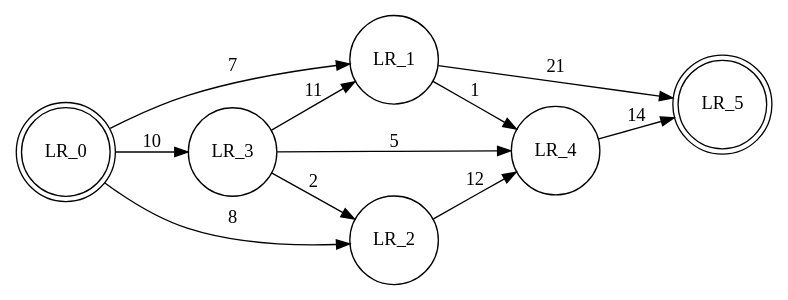
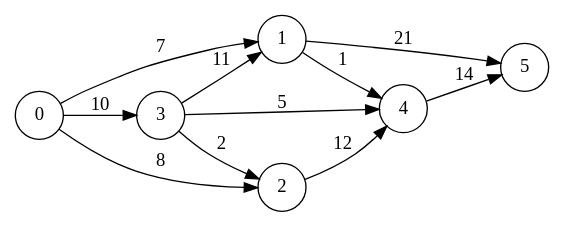
Before and after one commit to iattach/ocaml-graphe: the diagram in testv1.dot, drawn with Graphviz. The commit also changed 3 other files, not shown here.

```diff
--- a/testv1.dot
+++ b/testv1.dot
@@ -1,16 +1,15 @@
 digraph finite_state_machine {
 rankdir=LR; 
-size="8,5!" 
-node [shape = doublecircle];LR_0 LR_5 ;
+size="6,3" 
 node [shape = circle];
-LR_4 -> LR_5 [ label = "14" ];
-LR_1 -> LR_5 [ label = "21" ];
-LR_1 -> LR_4 [ label = "1" ];
-LR_3 -> LR_1 [ label = "11" ];
-LR_3 -> LR_2 [ label = "2" ];
-LR_3 -> LR_4 [ label = "5" ];
-LR_2 -> LR_4 [ label = "12" ];
-LR_0 -> LR_1 [ label = "7" ];
-LR_0 -> LR_3 [ label = "10" ];
-LR_0 -> LR_2 [ label = "8" ];
+4 -> 5 [ label = "14" ];
+1 -> 5 [ label = "21" ];
+1 -> 4 [ label = "1" ];
+3 -> 1 [ label = "11" ];
+3 -> 2 [ label = "2" ];
+3 -> 4 [ label = "5" ];
+2 -> 4 [ label = "12" ];
+0 -> 1 [ label = "7" ];
+0 -> 3 [ label = "10" ];
+0 -> 2 [ label = "8" ];
 }
```
